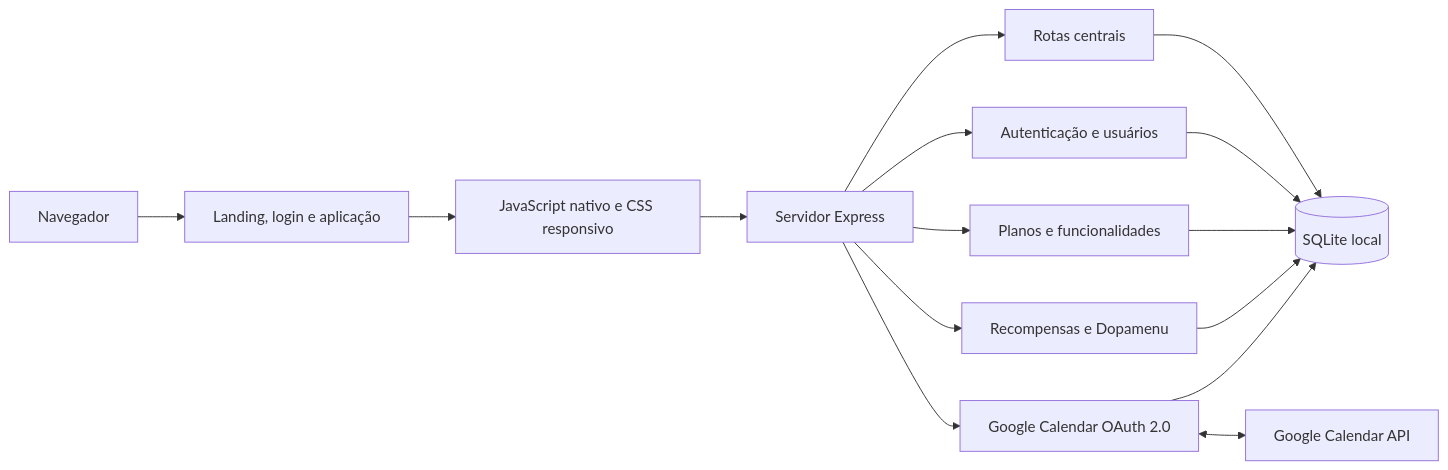
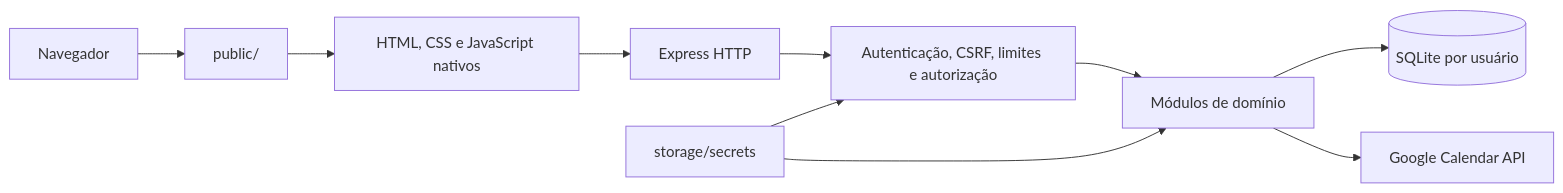
The first of 2 diagrams in README.md (ilyra-ai/kairo), drawn with Mermaid before and after one commit. The commit also changed other lines of this file and 95 other files, not shown here.

````diff
--- a/README.md
+++ b/README.md
@@ -166,17 +221,12 @@
 ```mermaid
 flowchart LR
-    U["Navegador"] --> P["Landing, login e aplicação"]
-    P --> J["JavaScript nativo e CSS responsivo"]
-    J --> E["Servidor Express"]
-    E --> C["Rotas centrais"]
-    E --> A["Autenticação e usuários"]
-    E --> L["Planos e funcionalidades"]
-    E --> R["Recompensas e Dopamenu"]
-    E --> G["Google Calendar OAuth 2.0"]
-    C --> D[("SQLite local")]
-    A --> D
-    L --> D
-    R --> D
-    G --> D
-    G <--> GC["Google Calendar API"]
+    B["Navegador"] --> P["public/"]
+    P --> F["HTML, CSS e JavaScript nativos"]
+    F --> H["Express HTTP"]
+    H --> M["Autenticação, CSRF, limites e autorização"]
+    M --> D["Módulos de domínio"]
+    D --> S[("SQLite por usuário")]
+    D --> G["Google Calendar API"]
+    K["storage/secrets"] --> M
+    K --> D
 ```
````
